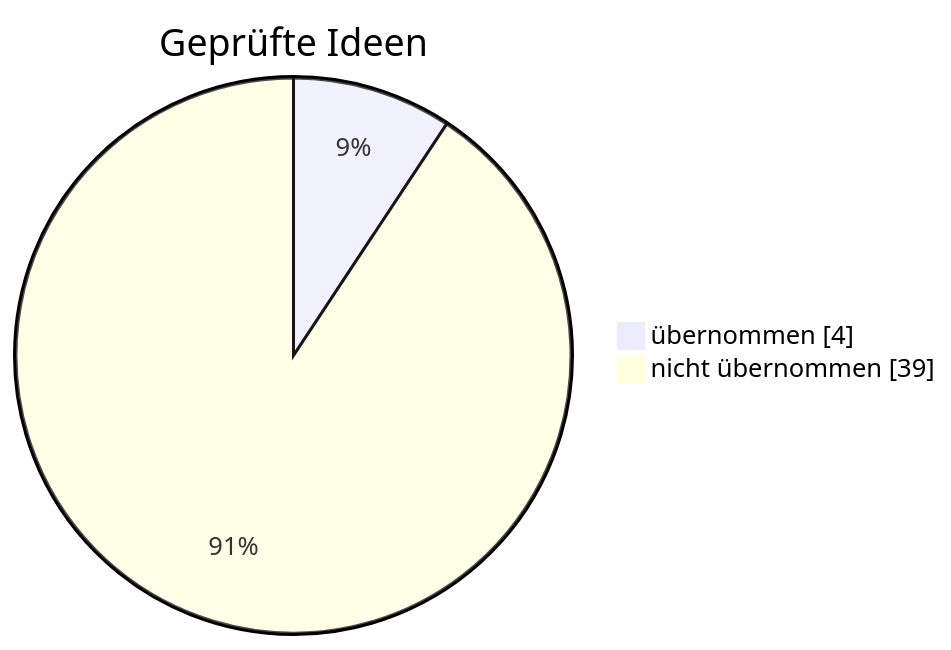
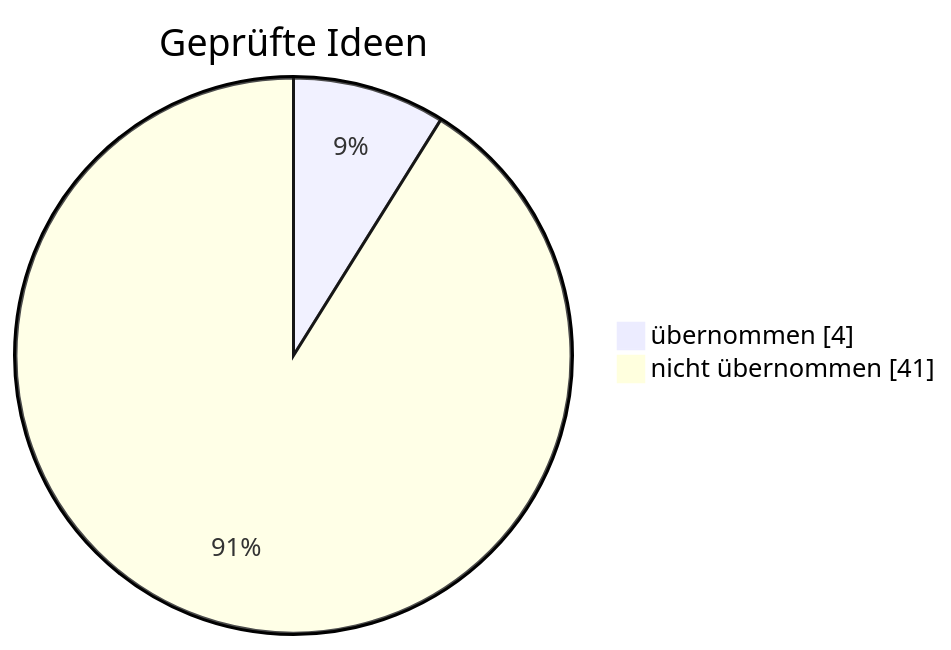
Before and after one commit to sickingmalte-arch/Test-Bot: the diagram in gehirn/Notizen/Was der Bot schon weiß.md, drawn with Mermaid. The commit also changed other lines of this file and 9 other files, not shown here.

````diff
--- a/gehirn/Notizen/Was der Bot schon weiß.md
+++ b/gehirn/Notizen/Was der Bot schon weiß.md
@@ -19,6 +19,6 @@
 ```mermaid
 pie showData
     title Geprüfte Ideen
     "übernommen" : 4
-    "nicht übernommen" : 39
+    "nicht übernommen" : 41
 ```
````
